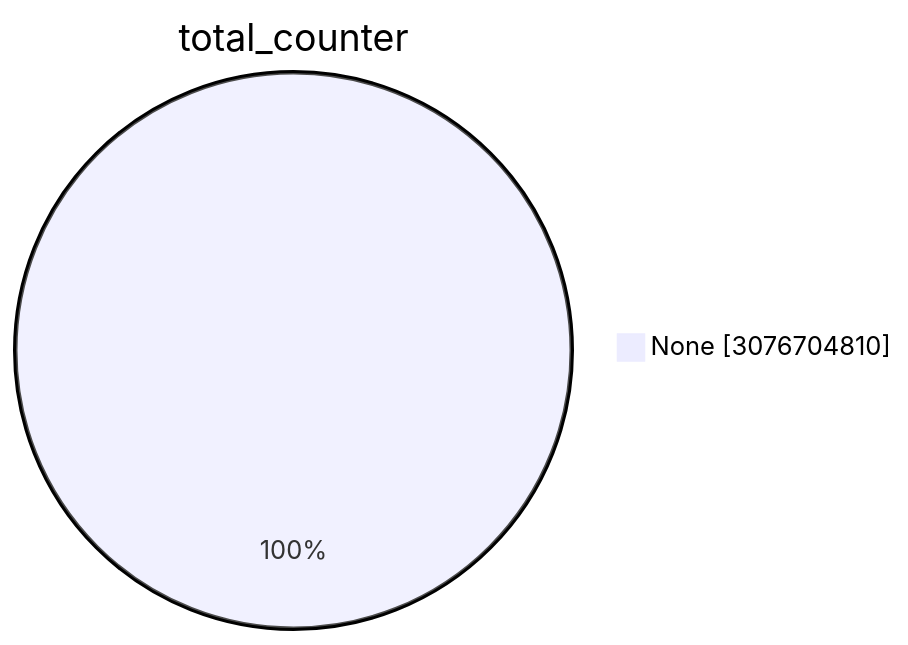
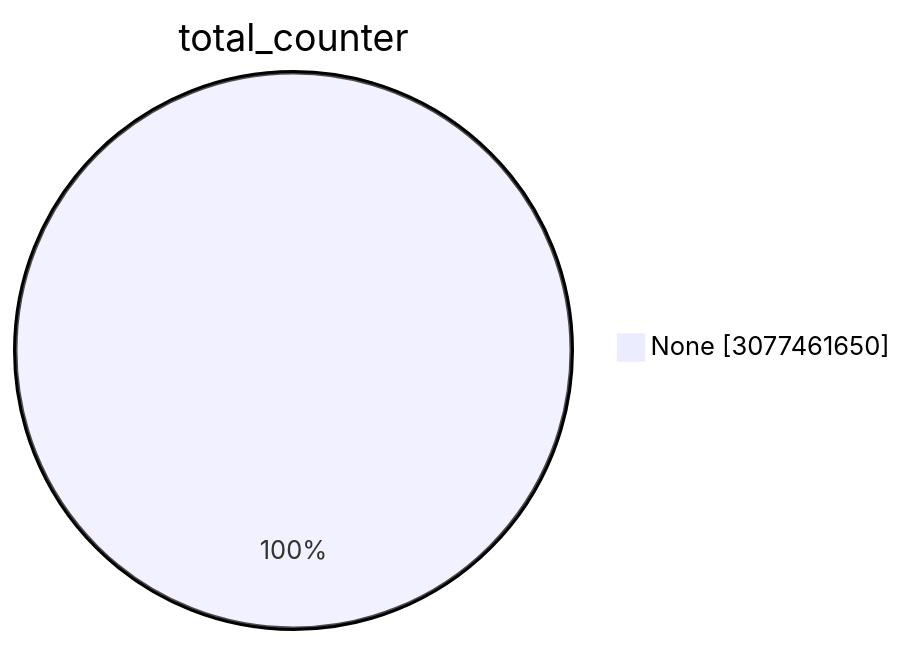
Before and after one commit to christiankrug/ctmonitor_visualization: the first of 15 diagrams in TOTAL/README.md, drawn with Mermaid. The commit also changed other lines of this file, not shown here.

````diff
--- a/TOTAL/README.md
+++ b/TOTAL/README.md
@@ -1,5 +1,5 @@
 ```mermaid
 pie showData
 title total_counter
-"None" :3076704810
+"None" :3077461650
 ```
````
